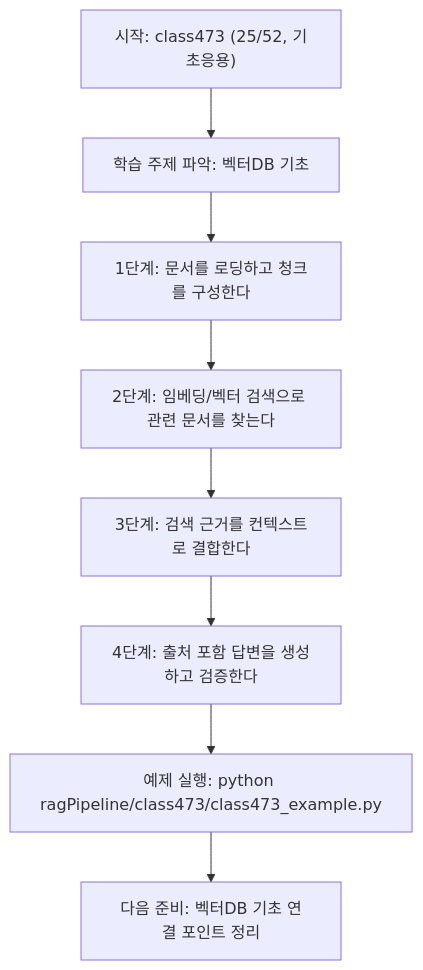
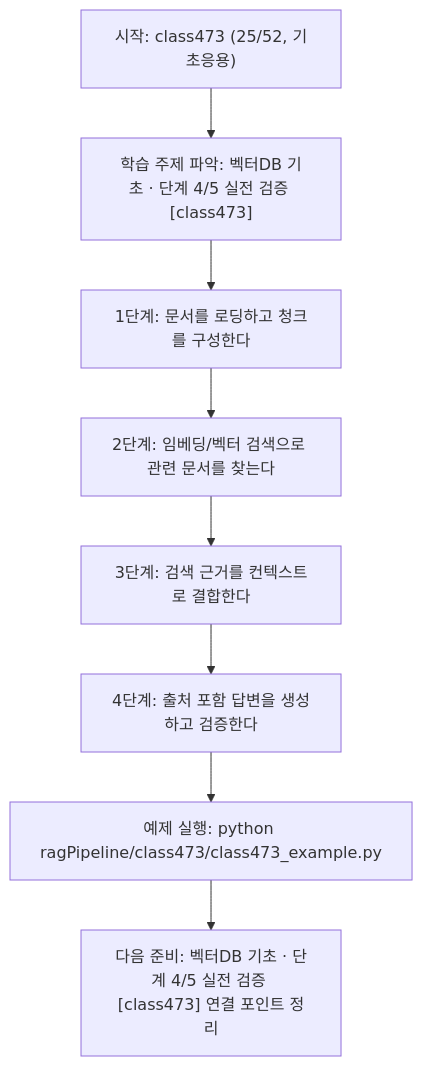
The diagram in ragPipeline/class473/class473.md (edumgt/Python-AI_Agent-Class), drawn with Mermaid before and after one commit. The commit also changed other lines of this file and 522 other files, not shown here.

````diff
--- a/ragPipeline/class473/class473.md
+++ b/ragPipeline/class473/class473.md
@@ -110,18 +111,18 @@
 ```mermaid
 flowchart TD
 N1["시작: class473 (25/52, 기초응용)"]
-N2["학습 주제 파악: 벡터DB 기초"]
+N2["학습 주제 파악: 벡터DB 기초 · 단계 4/5 실전 검증 [class473]"]
 N3["1단계: 문서를 로딩하고 청크를 구성한다"]
 N4["2단계: 임베딩/벡터 검색으로 관련 문서를 찾는다"]
 N5["3단계: 검색 근거를 컨텍스트로 결합한다"]
 N6["4단계: 출처 포함 답변을 생성하고 검증한다"]
 N7["예제 실행: python ragPipeline/class473/class473_example.py"]
-N8["다음 준비: 벡터DB 기초 연결 포인트 정리"]
+N8["다음 준비: 벡터DB 기초 · 단계 4/5 실전 검증 [class473] 연결 포인트 정리"]
 N1 --> N2
 N2 --> N3
 N3 --> N4
 N4 --> N5
 N5 --> N6
 N6 --> N7
 N7 --> N8
 ```
````
